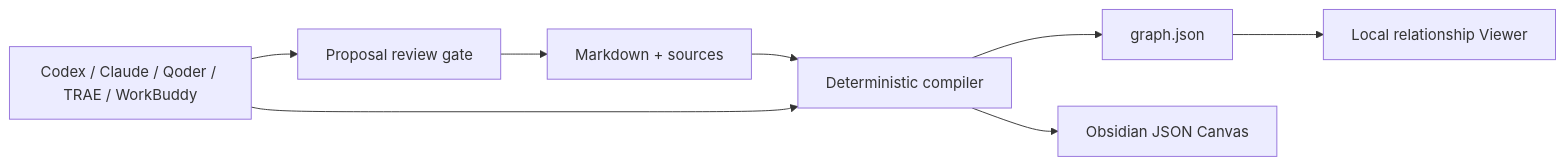
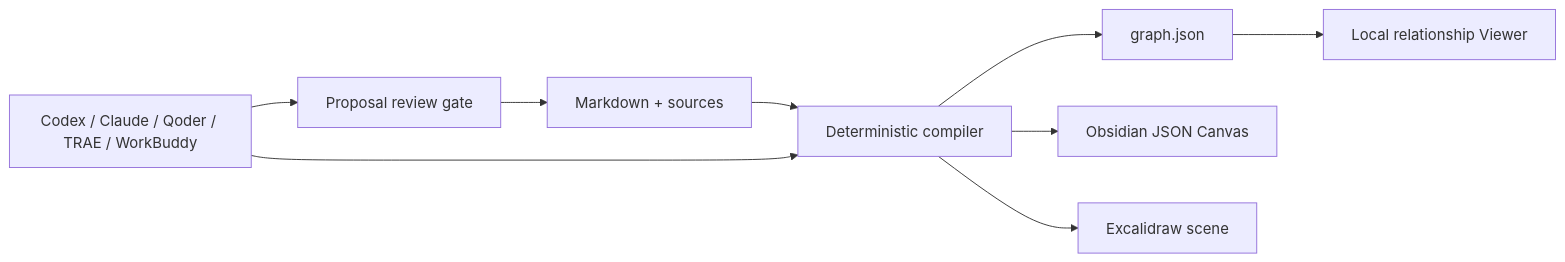
Before and after one commit to chicogong/llm-wiki-canvas: the diagram in README.md, drawn with Mermaid. The commit also changed other lines of this file and 16 other files, not shown here.

````diff
--- a/README.md
+++ b/README.md
@@ -170,10 +175,11 @@
 ```mermaid
 flowchart LR
   M["Markdown + sources"] --> C["Deterministic compiler"]
   C --> G["graph.json"]
   C --> J["Obsidian JSON Canvas"]
+  C --> E["Excalidraw scene"]
   G --> V["Local relationship Viewer"]
   S["Codex / Claude / Qoder / TRAE / WorkBuddy"] --> P["Proposal review gate"]
   P --> M
   S --> C
 ```
````
